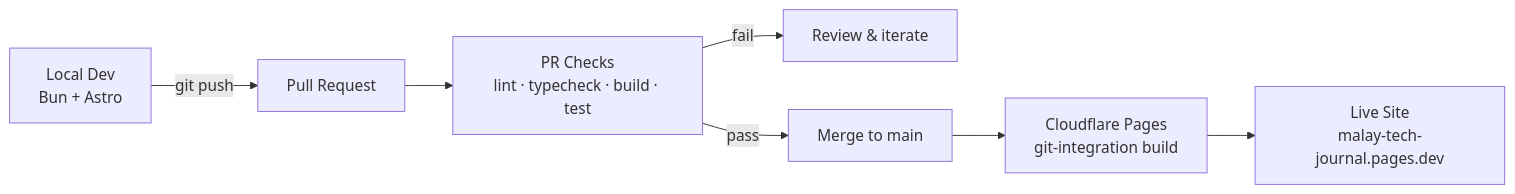
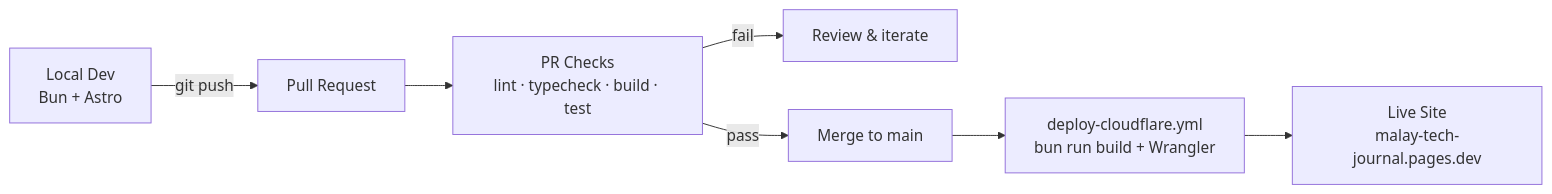
Before and after one commit to arifbazli/malay-tech-journal: the diagram in README.md, drawn with Mermaid. The commit also changed other lines of this file and 2 other files, not shown here.

First line of the commit message:
ci(deploy): add Cloudflare Pages deploy via Wrangler, retire git integration

````diff
--- a/README.md
+++ b/README.md
@@ -57,9 +58,9 @@
 ```mermaid
 flowchart LR
     A[Local Dev\nBun + Astro] -->|git push| B[Pull Request]
     B --> C[PR Checks\nlint · typecheck · build · test]
     C -->|fail| D[Review & iterate]
     C -->|pass| E[Merge to main]
-    E --> F[Cloudflare Pages\ngit-integration build]
+    E --> F[deploy-cloudflare.yml\nbun run build + Wrangler]
     F --> G[Live Site\nmalay-tech-journal.pages.dev]
 ```
````
